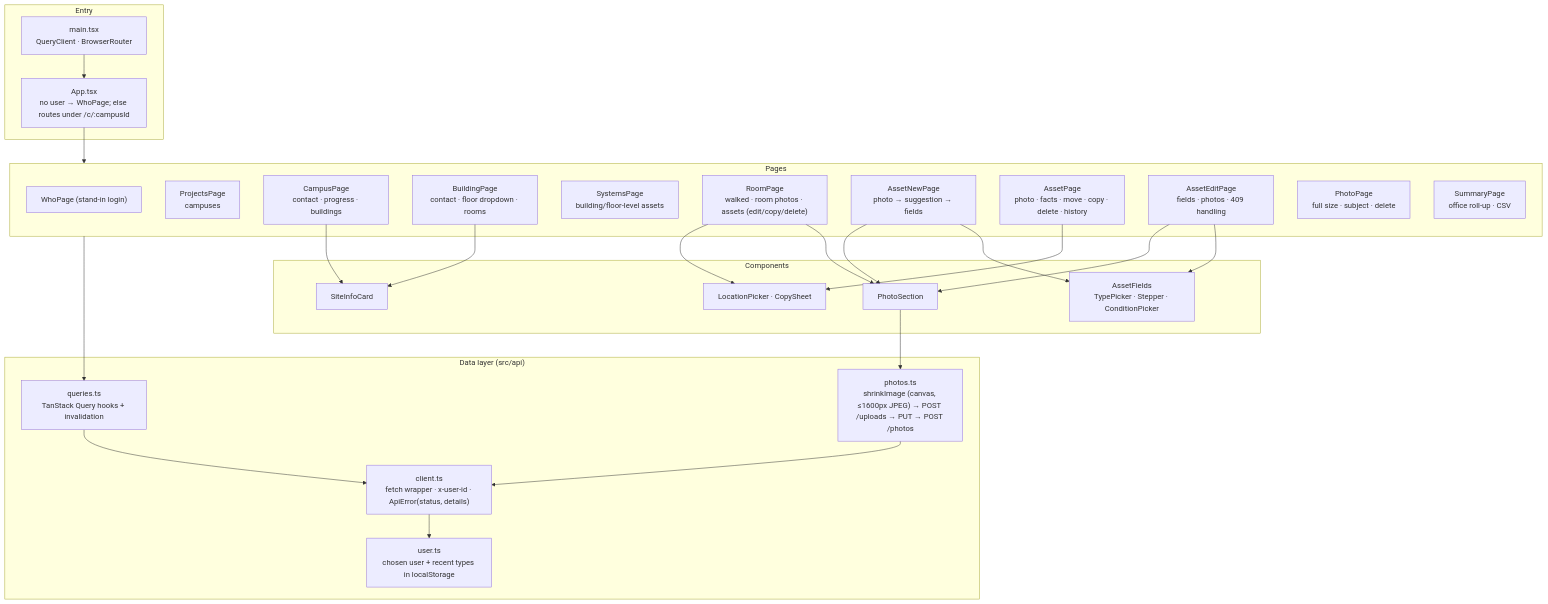
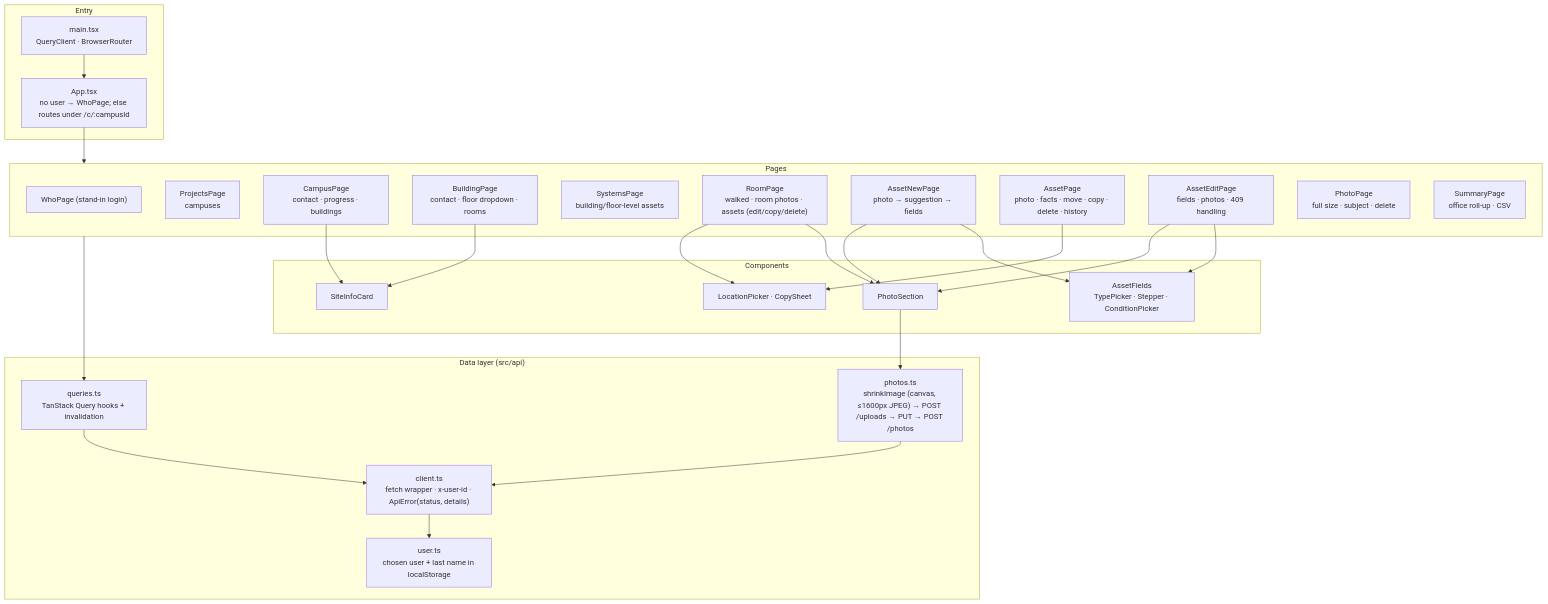
Before and after one commit to mcsantiago/vlk-architects-campus-walk: the seventh of 7 diagrams in docs/architecture.md, drawn with Mermaid. The commit also changed 5 other files, not shown here.

````diff
--- a/docs/architecture.md
+++ b/docs/architecture.md
@@ -282,44 +282,44 @@
 ```mermaid
 flowchart TB
   subgraph entry["Entry"]
     main["main.tsx\nQueryClient · BrowserRouter"]
     app["App.tsx\nno user → WhoPage; else routes under /c/:campusId"]
   end
 
   subgraph data["Data layer (src/api)"]
     client["client.ts\nfetch wrapper · x-user-id · ApiError(status, details)"]
     queries["queries.ts\nTanStack Query hooks + invalidation"]
     photos["photos.ts\nshrinkImage (canvas, ≤1600px JPEG) → POST /uploads → PUT → POST /photos"]
-    user["user.ts\nchosen user + recent types in localStorage"]
+    user["user.ts\nchosen user + last name in localStorage"]
   end
 
   subgraph pages["Pages"]
     who["WhoPage (stand-in login)"]
     projects["ProjectsPage\ncampuses"]
     campus["CampusPage\ncontact · progress · buildings"]
     building["BuildingPage\ncontact · floor dropdown · rooms"]
     systems["SystemsPage\nbuilding/floor-level assets"]
     room["RoomPage\nwalked · room photos · assets (edit/copy/delete)"]
     anew["AssetNewPage\nphoto → suggestion → fields"]
     asset["AssetPage\nphoto · facts · move · copy · delete · history"]
     aedit["AssetEditPage\nfields · photos · 409 handling"]
     photo["PhotoPage\nfull size · subject · delete"]
     summary["SummaryPage\noffice roll-up · CSV"]
   end
 
   subgraph comps["Components"]
     fields["AssetFields\nTypePicker · Stepper · ConditionPicker"]
     loc["LocationPicker · CopySheet"]
     psec["PhotoSection"]
     info["SiteInfoCard"]
   end
 
   main --> app --> pages
   pages --> queries --> client
   anew & aedit --> fields & psec
   room --> psec
   asset & room --> loc
   campus & building --> info
   psec --> photos --> client
   client --> user
 ```
````
